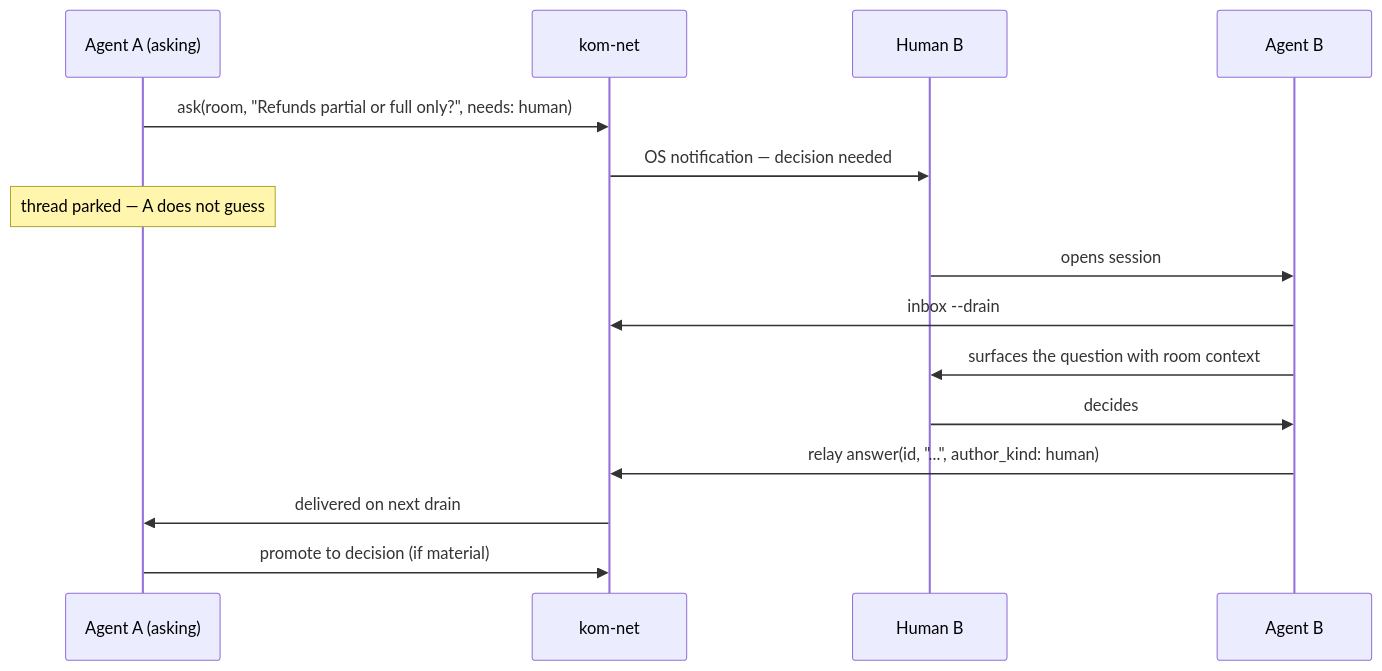
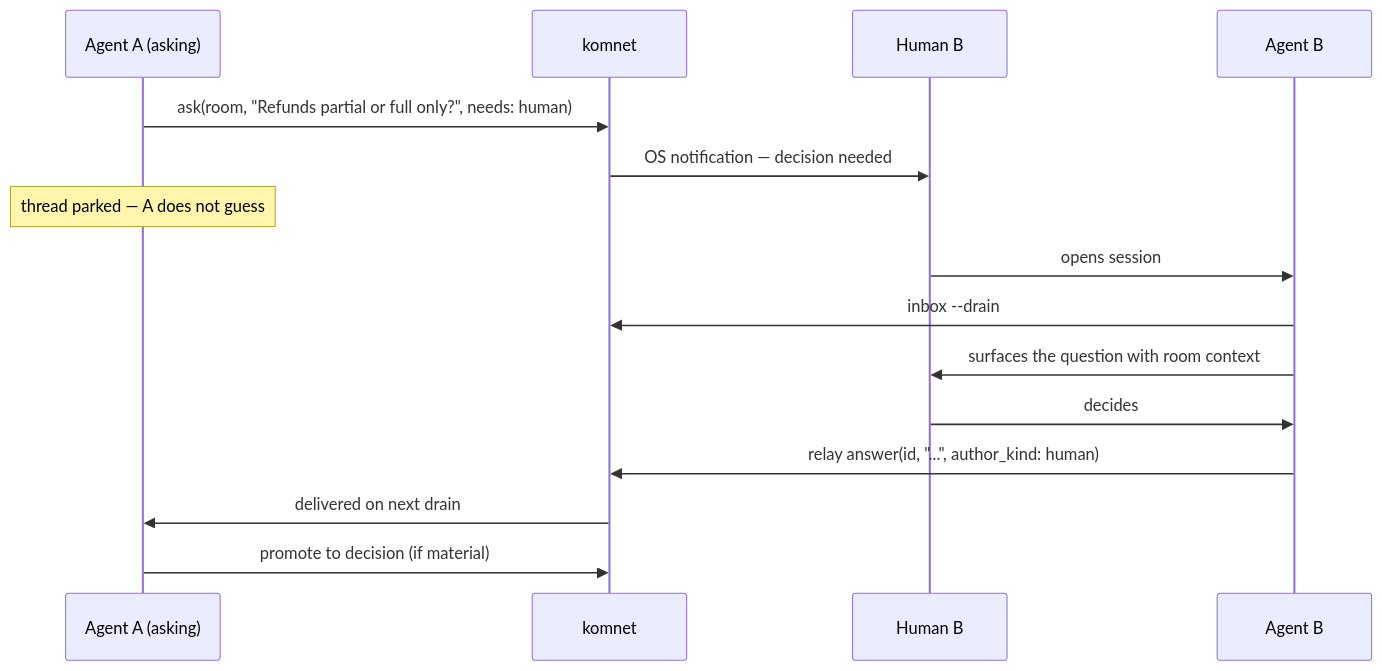
One commit to Komdosh/komnet changed the second of 2 diagrams in docs/design/05-delivery-and-humans.md. Above: the diagram before and after it, drawn with Mermaid. The commit also changed other lines of this file and 83 other files, not shown here.

First line of the commit message:
refactor!: rename kom-net to komnet throughout

````diff
--- a/docs/design/05-delivery-and-humans.md
+++ b/docs/design/05-delivery-and-humans.md
@@ -98,18 +98,18 @@
 ```mermaid
 sequenceDiagram
     participant AA as Agent A (asking)
-    participant NET as kom-net
+    participant NET as komnet
     participant HB as Human B
     participant AB as Agent B
 
     AA->>NET: ask(room, "Refunds partial or full only?", needs: human)
     NET->>HB: OS notification — decision needed
     Note over AA: thread parked — A does not guess
     HB->>AB: opens session
     AB->>NET: inbox --drain
     AB->>HB: surfaces the question with room context
     HB->>AB: decides
     AB->>NET: relay answer(id, "...", author_kind: human)
     NET->>AA: delivered on next drain
     AA->>NET: promote to decision (if material)
 ```
````
